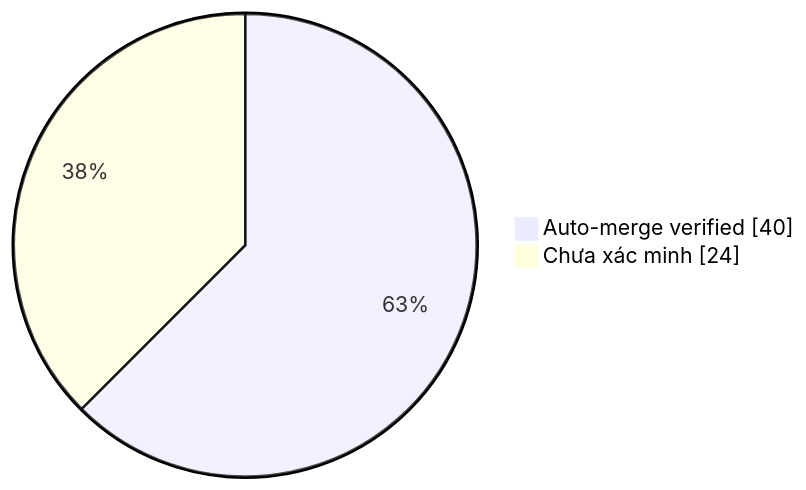
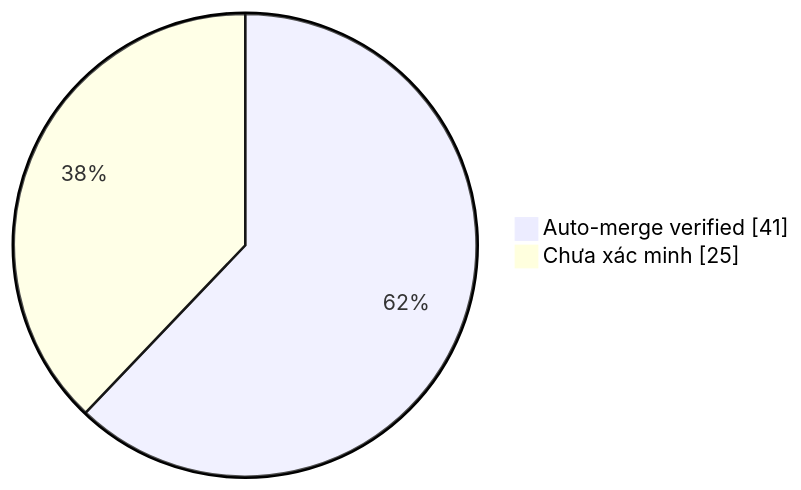
The diagram in collector.md (duykhang68/tetdinhmuiblog), drawn with Mermaid before and after one commit. The commit also changed other lines of this file and 1 other file, not shown here.

Commit message:
docs(collector): update auto-merge evidence dashboard

````diff
--- a/collector.md
+++ b/collector.md
@@ -22,5 +22,5 @@
 ```mermaid
 pie showData
-    "Auto-merge verified" : 40
-    "Chưa xác minh" : 24
+    "Auto-merge verified" : 41
+    "Chưa xác minh" : 25
 ```
````
